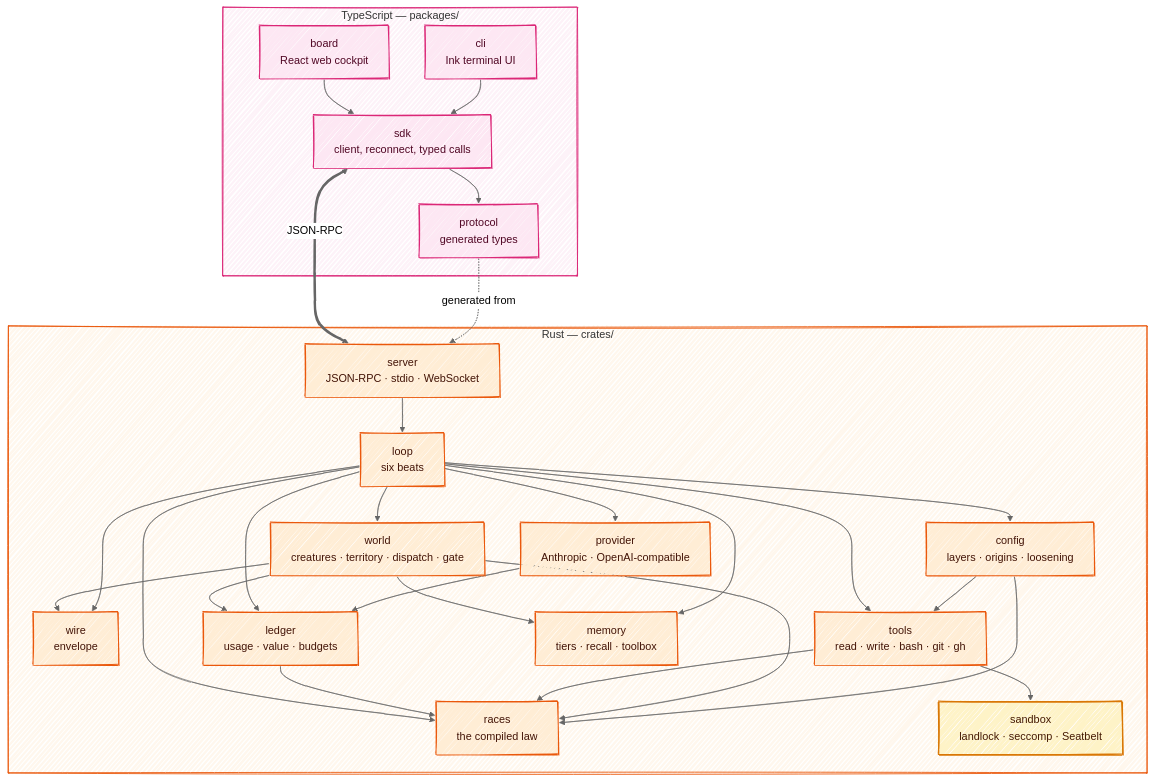
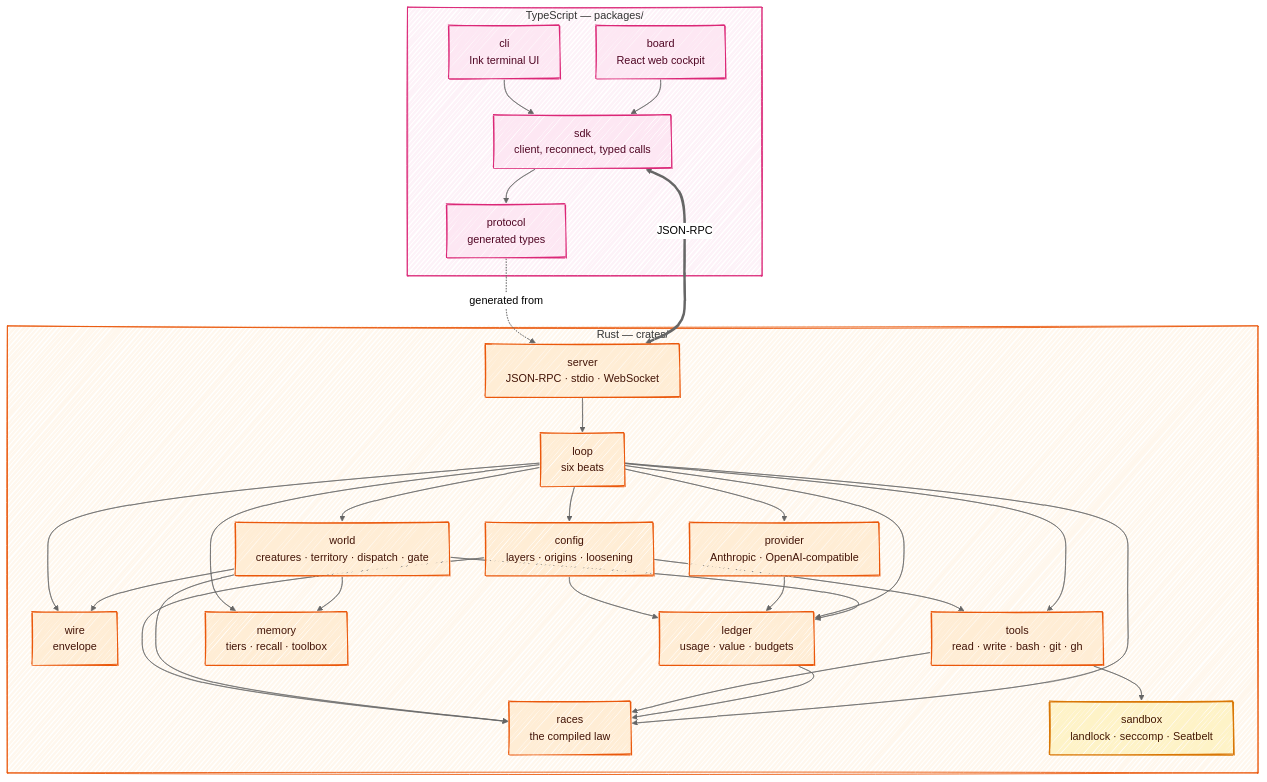
Before and after one commit to Kaginari/mnemorph: the first of 2 diagrams in docs/05-architecture.md, drawn with Mermaid. The commit also changed other lines of this file and 9 other files, not shown here.

````diff
--- a/docs/05-architecture.md
+++ b/docs/05-architecture.md
@@ -5,56 +5,57 @@
 ```mermaid
 ---
 config:
   look: handDrawn
   theme: neutral
   flowchart:
     wrappingWidth: 360
 ---
 flowchart TB
     subgraph ts["TypeScript — packages/"]
       CLI["cli<br/>Ink terminal UI"]
       BOARD["board<br/>React web cockpit"]
       SDK["sdk<br/>client, reconnect, typed calls"]
       PROTO["protocol<br/>generated types"]
       CLI --> SDK
       BOARD --> SDK
       SDK --> PROTO
     end
     subgraph rs["Rust — crates/"]
       SERVER["server<br/>JSON-RPC · stdio · WebSocket"]
       LOOP["loop<br/>six beats"]
       WORLD["world<br/>creatures · territory · dispatch · gate"]
       RACES["races<br/>the compiled law"]
       WIRE["wire<br/>envelope"]
       TOOLS["tools<br/>read · write · bash · git · gh"]
       SANDBOX["sandbox<br/>landlock · seccomp · Seatbelt"]
       PROV["provider<br/>Anthropic · OpenAI-compatible"]
       LEDGER["ledger<br/>usage · value · budgets"]
       MEM["memory<br/>tiers · recall · toolbox"]
       CONFIG["config<br/>layers · origins · loosening"]
       SERVER --> LOOP
       LOOP --> CONFIG --> TOOLS
       CONFIG --> RACES
+      CONFIG --> LEDGER
       LOOP --> WORLD --> RACES
       LOOP --> PROV --> LEDGER
       LOOP --> TOOLS --> SANDBOX
       TOOLS --> RACES
       LOOP --> LEDGER --> RACES
       LOOP --> MEM
       LOOP --> RACES
       LOOP --> WIRE
       WORLD --> WIRE
       WORLD --> LEDGER
       WORLD --> MEM
     end
     PROTO -. generated from .-> SERVER
     SDK <==>|JSON-RPC| SERVER
     classDef ts fill:#fde7f3,stroke:#db2777,stroke-width:1.5px,color:#500724
     class CLI,BOARD,SDK,PROTO ts
     classDef rs fill:#ffedd5,stroke:#ea580c,stroke-width:1.5px,color:#431407
     class SERVER,LOOP,WORLD,RACES,WIRE,TOOLS,PROV,LEDGER,MEM,CONFIG rs
     classDef gate fill:#fef3c7,stroke:#d97706,stroke-width:2px,color:#451a03
     class SANDBOX gate
     style ts fill:#fdf2f8,stroke:#db2777
     style rs fill:#fff7ed,stroke:#ea580c
 ```
````
